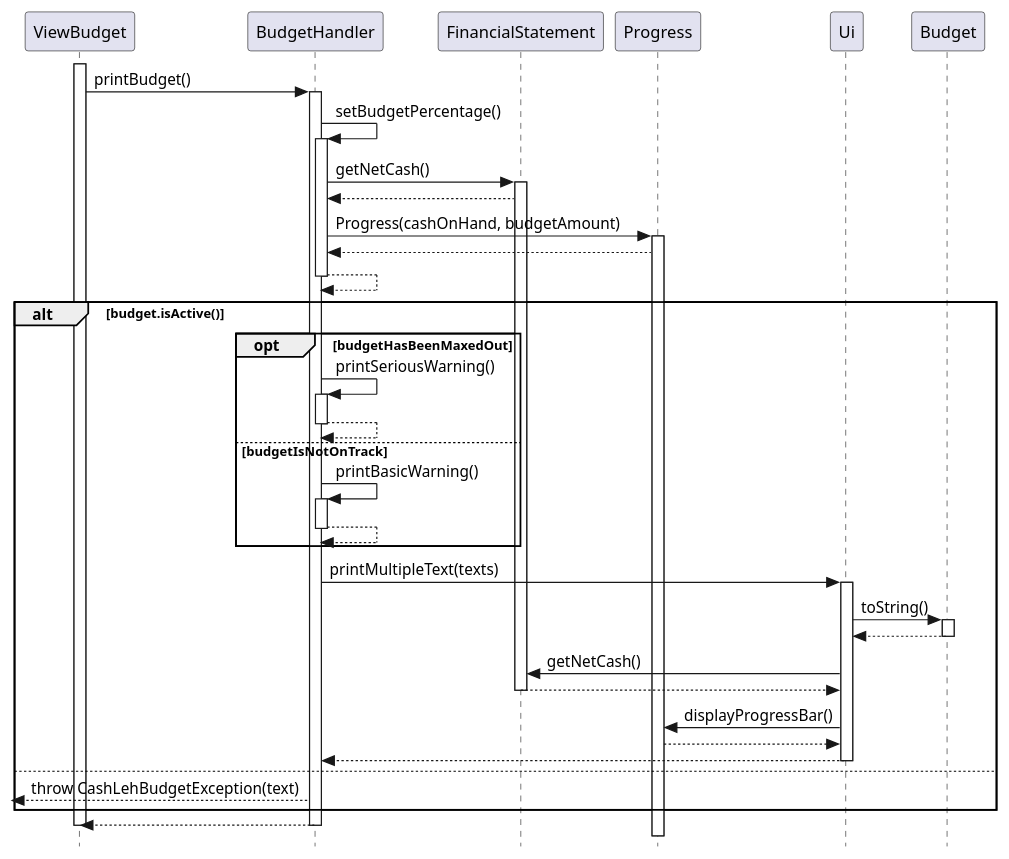
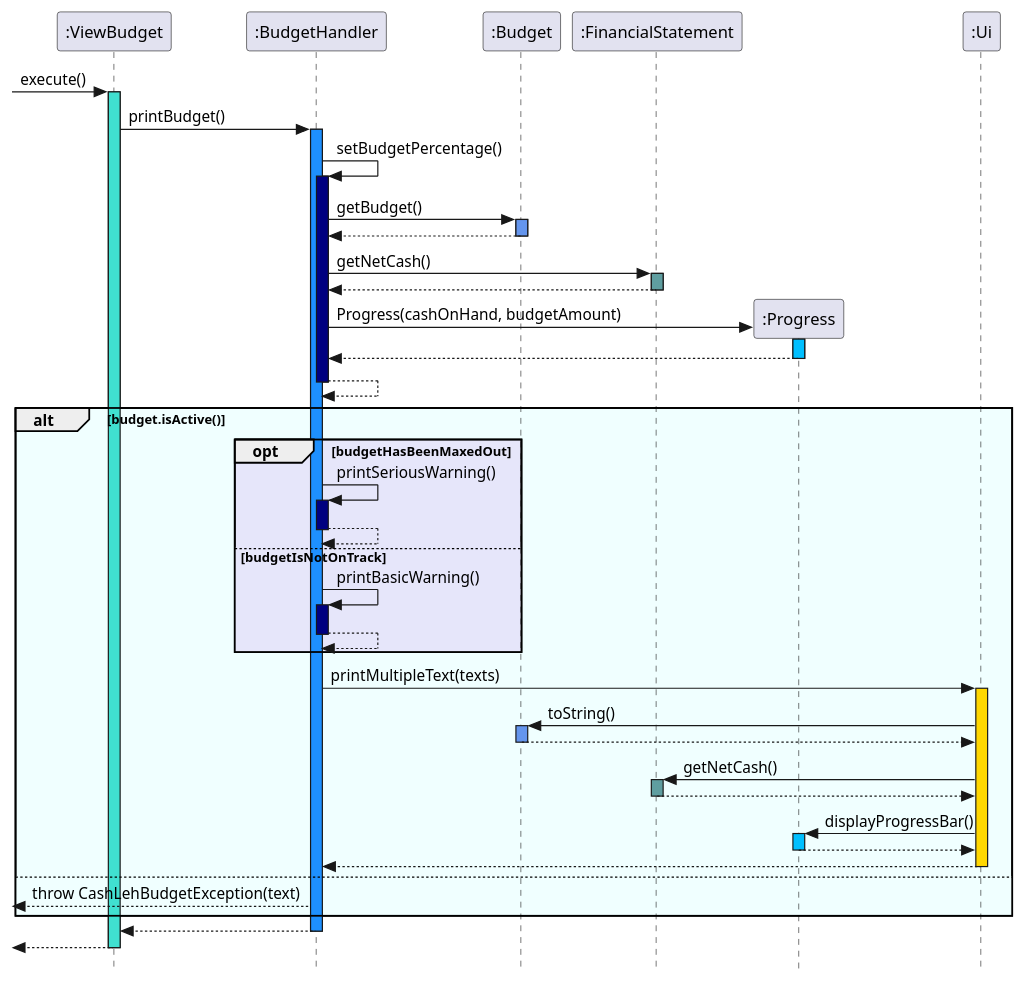
One commit to nus-cs2113-AY2324S1/tp changed the diagram in docs/uml/budgetHandler_sequenceDiagram.puml. Above: the diagram before and after it, drawn with PlantUML. The commit also changed 1 other file, not shown here.

Commit message:
Update ViewBudget sequenceDiagram and add coloring

```diff
--- a/docs/uml/budgetHandler_sequenceDiagram.puml
+++ b/docs/uml/budgetHandler_sequenceDiagram.puml
@@ -1,63 +1,75 @@
 @startuml
 
 skinparam Style strictuml
 
-activate ViewBudget
-ViewBudget -> BudgetHandler: printBudget()
-activate BudgetHandler
+-> ":ViewBudget": execute()
+activate ":ViewBudget" #40e0d0
+":ViewBudget" -> ":BudgetHandler": printBudget()
+activate ":BudgetHandler" #1e90ff
 
-BudgetHandler -> BudgetHandler: setBudgetPercentage()
-activate BudgetHandler
-BudgetHandler -> FinancialStatement: getNetCash()
-activate FinancialStatement
-FinancialStatement --> BudgetHandler
+":BudgetHandler" -> ":BudgetHandler": setBudgetPercentage()
+activate ":BudgetHandler" #000080
+":BudgetHandler" -> ":Budget": getBudget()
+activate ":Budget" #6495ed
+":Budget" --> ":BudgetHandler"
+deactivate ":Budget"
 
-BudgetHandler -> Progress: Progress(cashOnHand, budgetAmount)
-activate Progress
-Progress --> BudgetHandler
-BudgetHandler --> BudgetHandler
-deactivate BudgetHandler
+":BudgetHandler" -> ":FinancialStatement": getNetCash()
+activate ":FinancialStatement" #5f9ea0
+":FinancialStatement" --> ":BudgetHandler"
+deactivate ":FinancialStatement"
 
+create ":Progress"
+":BudgetHandler" -> ":Progress": Progress(cashOnHand, budgetAmount)
+activate ":Progress" #00bfff
+":Progress" --> ":BudgetHandler"
+deactivate ":Progress"
+":BudgetHandler" --> ":BudgetHandler"
+deactivate ":BudgetHandler"
 
-alt budget.isActive()
+alt #f0ffff budget.isActive()
 
-    opt budgetHasBeenMaxedOut
-        BudgetHandler -> BudgetHandler: printSeriousWarning()
-        activate BudgetHandler
-        BudgetHandler --> BudgetHandler
-        deactivate BudgetHandler
+    opt #e6e6fa budgetHasBeenMaxedOut
+        ":BudgetHandler" -> ":BudgetHandler": printSeriousWarning()
+        activate ":BudgetHandler" #000080
+        ":BudgetHandler" --> ":BudgetHandler"
+        deactivate ":BudgetHandler"
 
     else budgetIsNotOnTrack
-        BudgetHandler -> BudgetHandler: printBasicWarning()
-        activate BudgetHandler
-        BudgetHandler --> BudgetHandler
-        deactivate BudgetHandler
+        ":BudgetHandler" -> ":BudgetHandler": printBasicWarning()
+        activate ":BudgetHandler" #000080
+        ":BudgetHandler" --> ":BudgetHandler"
+        deactivate ":BudgetHandler"
     end
 
+    ":BudgetHandler" -> ":Ui": printMultipleText(texts)
+    activate ":Ui" #ffd700
 
-    BudgetHandler -> Ui: printMultipleText(texts)
-    activate Ui
+    ":Ui" -> ":Budget": toString()
+    activate ":Budget" #6495ed
+    ":Budget" --> ":Ui"
+    deactivate ":Budget"
 
-    Ui -> Budget: toString()
-    activate Budget
-    Budget --> Ui
-    deactivate Budget
+    ":Ui" -> ":FinancialStatement": getNetCash()
+    activate ":FinancialStatement" #5f9ea0
+    ":FinancialStatement" --> ":Ui"
+    deactivate ":FinancialStatement"
 
-    Ui -> FinancialStatement: getNetCash()
-
-    FinancialStatement --> Ui
-    deactivate FinancialStatement
-    Ui -> Progress: displayProgressBar()
-    Progress --> Ui
-    Ui --> BudgetHandler
-    deactivate Ui
+    ":Ui" -> ":Progress": displayProgressBar()
+    activate ":Progress" #00bfff
+    ":Progress" --> ":Ui"
+    deactivate ":Progress"
+    ":Ui" --> ":BudgetHandler"
+    deactivate ":Ui"
 
 else
-    <--BudgetHandler: throw CashLehBudgetException(text)
+    <--":BudgetHandler": throw CashLehBudgetException(text)
 
 end
-BudgetHandler --> ViewBudget
-deactivate ViewBudget
-deactivate BudgetHandler
+
+":BudgetHandler" --> ":ViewBudget"
+deactivate ":BudgetHandler"
+<-- ":ViewBudget"
+deactivate ":ViewBudget"
 
 @enduml
```
